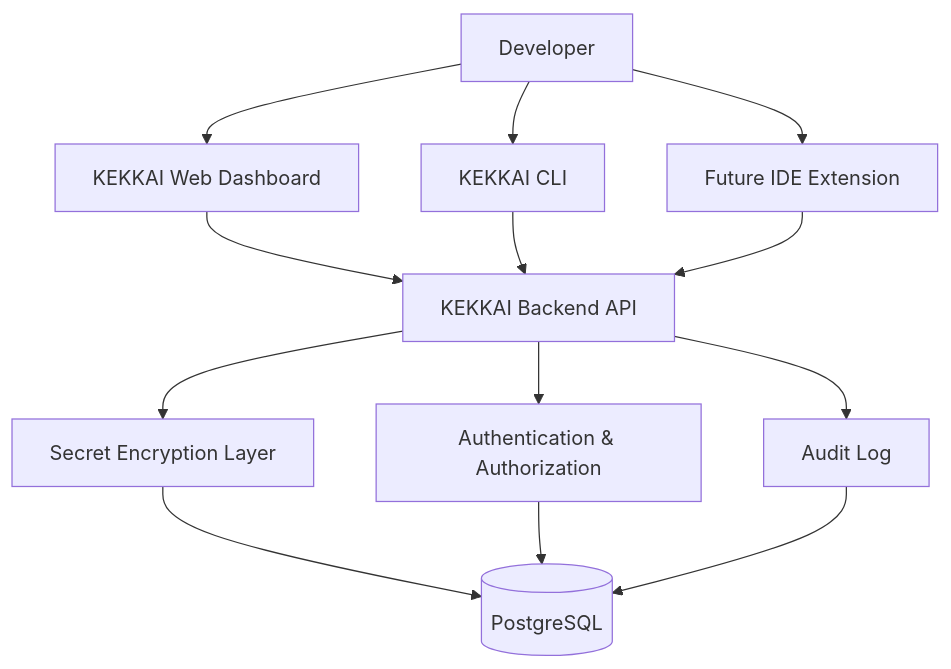
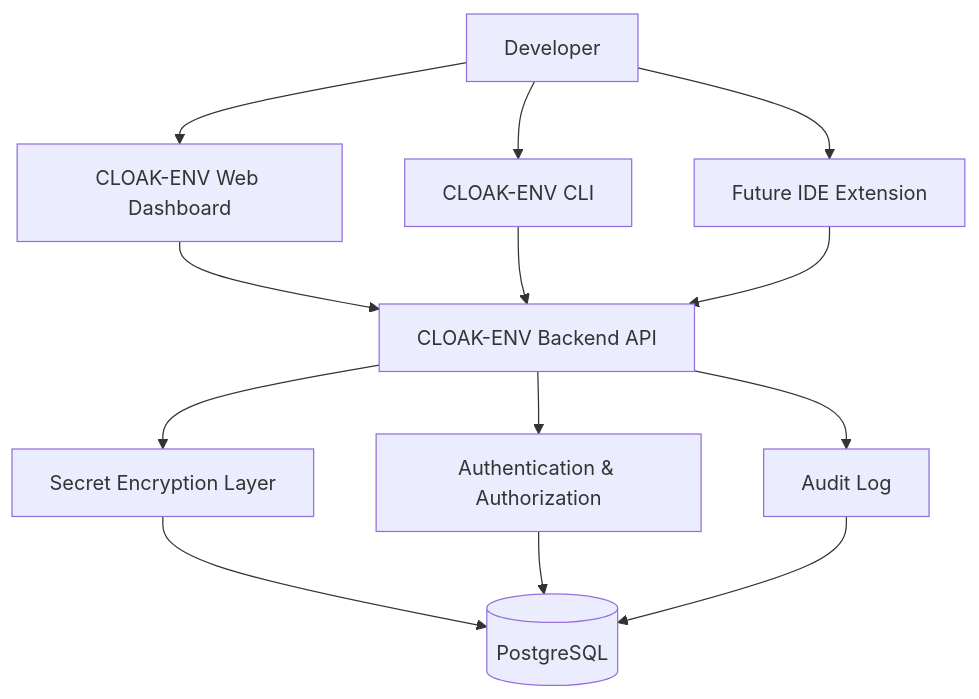
Before and after one commit to aninda8680/Kekkai: the first of 6 diagrams in KEKKAI_Project_Specification.md, drawn with Mermaid. The commit also changed other lines of this file and 45 other files, not shown here.

````diff
--- a/KEKKAI_Project_Specification.md
+++ b/KEKKAI_Project_Specification.md
@@ -319,29 +319,29 @@
 ```mermaid
 flowchart TD
     DEV[Developer]
 
-    WEB[KEKKAI Web Dashboard]
-    CLI[KEKKAI CLI]
+    WEB[CLOAK-ENV Web Dashboard]
+    CLI[CLOAK-ENV CLI]
     IDE[Future IDE Extension]
 
-    API[KEKKAI Backend API]
+    API[CLOAK-ENV Backend API]
     AUTH[Authentication & Authorization]
     SEC[Secret Encryption Layer]
     DB[(PostgreSQL)]
     AUDIT[Audit Log]
 
     DEV --> WEB
     DEV --> CLI
     DEV --> IDE
 
     WEB --> API
     CLI --> API
     IDE --> API
 
     API --> AUTH
     API --> SEC
     API --> AUDIT
     SEC --> DB
     AUTH --> DB
     AUDIT --> DB
 ```
````
